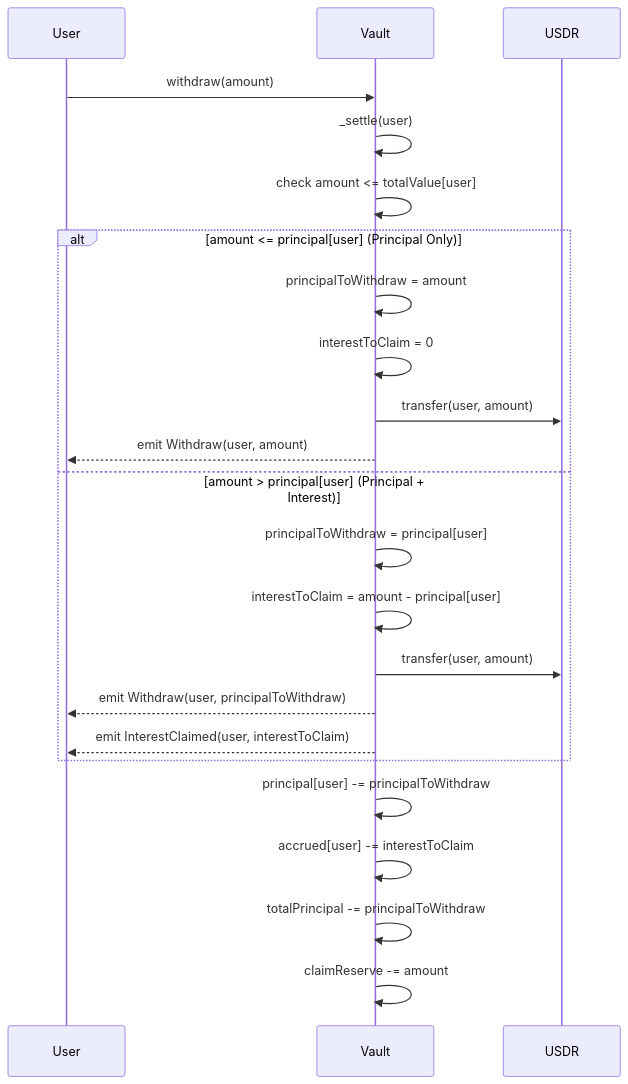
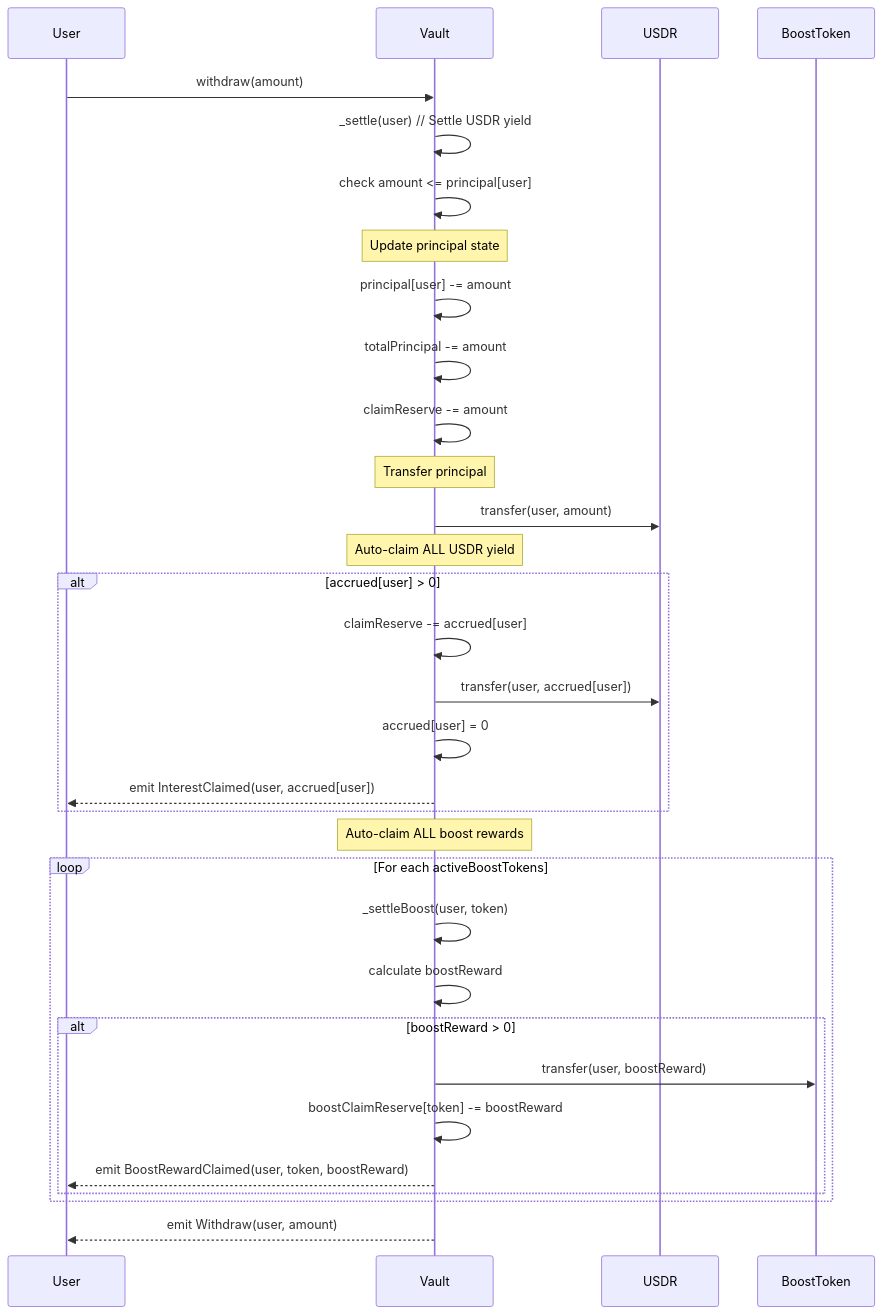
Before and after one commit to StartaleGroup/stablecoin-vault-contracts: the third of 6 diagrams in src/vaults/earn/earn-vault.md, drawn with Mermaid. The commit also changed other lines of this file and 1 other file, not shown here.

````diff
--- a/src/vaults/earn/earn-vault.md
+++ b/src/vaults/earn/earn-vault.md
@@ -106,28 +106,40 @@
 ```mermaid
 sequenceDiagram
     participant User
     participant Vault
     participant USDR
+    participant BoostToken
     
     User->>Vault: withdraw(amount)
-    Vault->>Vault: _settle(user)
-    Vault->>Vault: check amount <= totalValue[user]
+    Vault->>Vault: _settle(user) // Settle USDR yield
+    Vault->>Vault: check amount <= principal[user]
     
-    alt amount <= principal[user] (Principal Only)
-        Vault->>Vault: principalToWithdraw = amount
-        Vault->>Vault: interestToClaim = 0
-        Vault->>USDR: transfer(user, amount)
-        Vault-->>User: emit Withdraw(user, amount)
-    else amount > principal[user] (Principal + Interest)
-        Vault->>Vault: principalToWithdraw = principal[user]
-        Vault->>Vault: interestToClaim = amount - principal[user]
-        Vault->>USDR: transfer(user, amount)
-        Vault-->>User: emit Withdraw(user, principalToWithdraw)
-        Vault-->>User: emit InterestClaimed(user, interestToClaim)
+    Note over Vault: Update principal state
+    Vault->>Vault: principal[user] -= amount
+    Vault->>Vault: totalPrincipal -= amount
+    Vault->>Vault: claimReserve -= amount
+    
+    Note over Vault: Transfer principal
+    Vault->>USDR: transfer(user, amount)
+    
+    Note over Vault: Auto-claim ALL USDR yield
+    alt accrued[user] > 0
+        Vault->>Vault: claimReserve -= accrued[user]
+        Vault->>USDR: transfer(user, accrued[user])
+        Vault->>Vault: accrued[user] = 0
+        Vault-->>User: emit InterestClaimed(user, accrued[user])
     end
     
-    Vault->>Vault: principal[user] -= principalToWithdraw
-    Vault->>Vault: accrued[user] -= interestToClaim
-    Vault->>Vault: totalPrincipal -= principalToWithdraw
-    Vault->>Vault: claimReserve -= amount
+    Note over Vault: Auto-claim ALL boost rewards
+    loop For each activeBoostTokens
+        Vault->>Vault: _settleBoost(user, token)
+        Vault->>Vault: calculate boostReward
+        alt boostReward > 0
+            Vault->>BoostToken: transfer(user, boostReward)
+            Vault->>Vault: boostClaimReserve[token] -= boostReward
+            Vault-->>User: emit BoostRewardClaimed(user, token, boostReward)
+        end
+    end
+    
+    Vault-->>User: emit Withdraw(user, amount)
 ```
````
